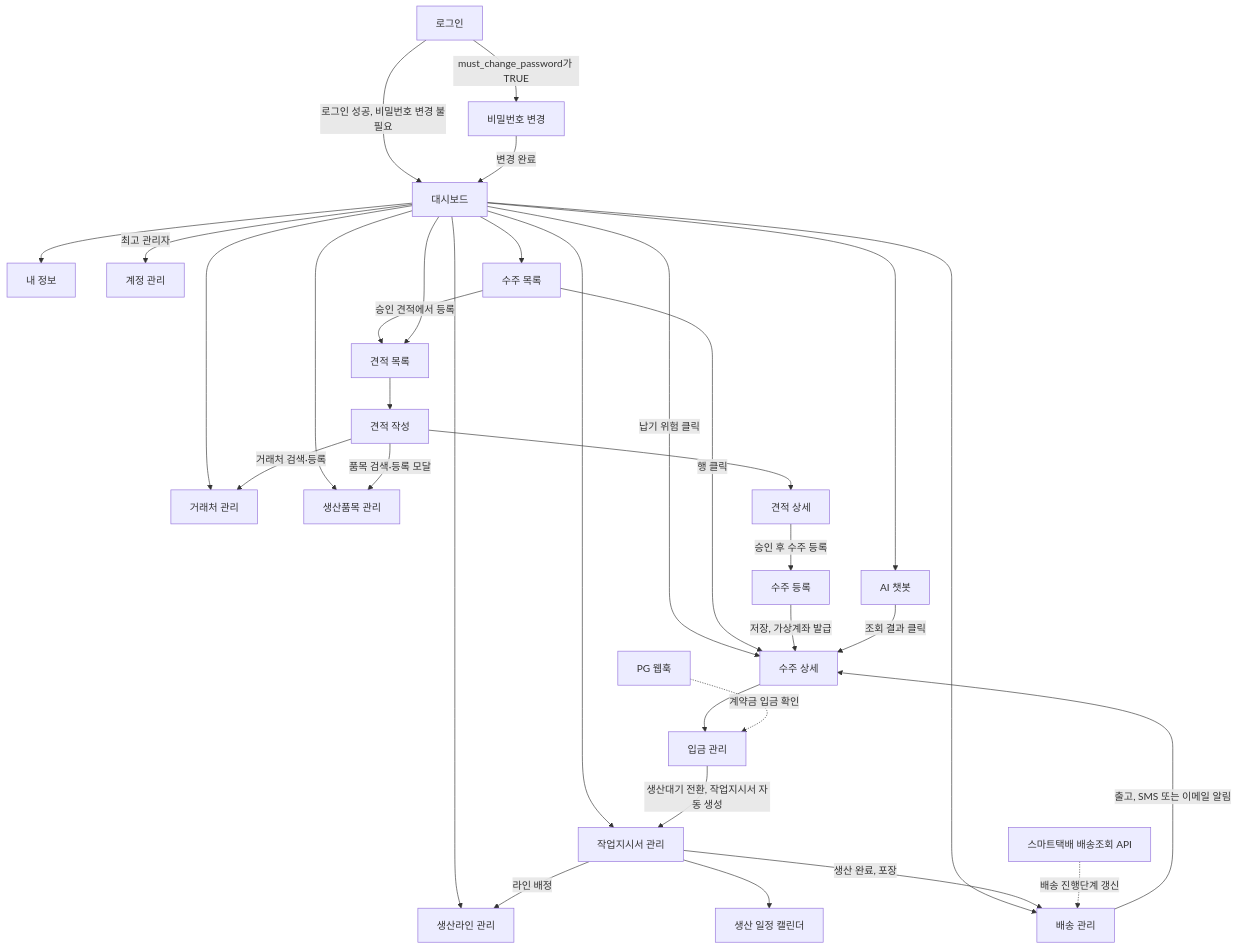
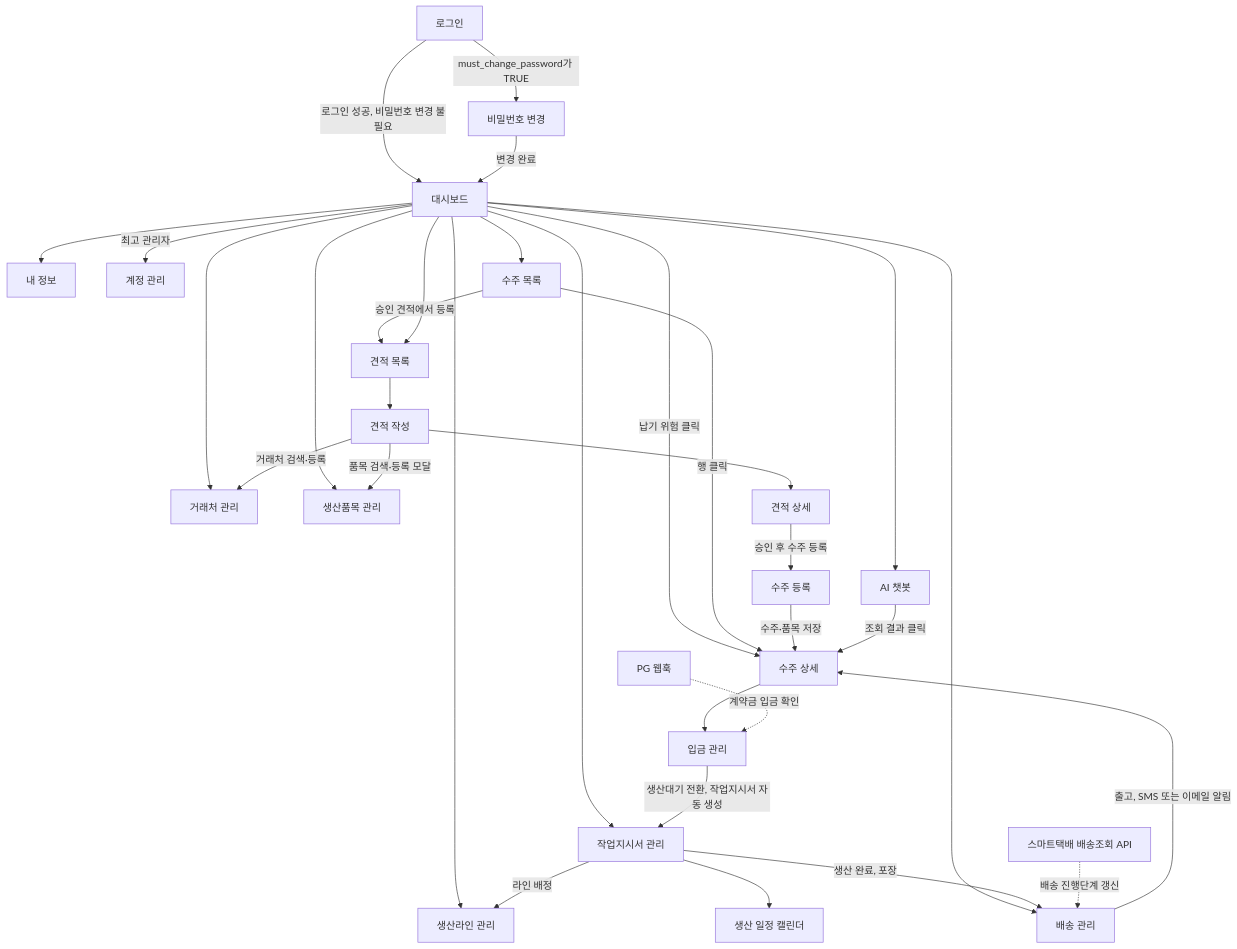
Before and after one commit to likelion-backend-25th/PRODFLOW: the diagram in docs/02_design/03_ui_wireframe.md, drawn with Mermaid. The commit also changed other lines of this file and 28 other files, not shown here.

````diff
--- a/docs/02_design/03_ui_wireframe.md
+++ b/docs/02_design/03_ui_wireframe.md
@@ -842,57 +848,57 @@
 ```mermaid
 flowchart TD
     Login["로그인"]
     Dashboard["대시보드"]
     Me["내 정보"]
     Users["계정 관리"]
     Clients["거래처 관리"]
     Products["생산품목 관리"]
     Orders["수주 목록"]
     OrderNew["수주 등록"]
     OrderDetail["수주 상세"]
     Payments["입금 관리"]
     WorkOrders["작업지시서 관리"]
     Lines["생산라인 관리"]
     Calendar["생산 일정 캘린더"]
     Shipments["배송 관리"]
     AiChat["AI 챗봇"]
     PG["PG 웹훅"]
     Tracker["스마트택배 배송조회 API"]
 
     Login -->|로그인 성공, 비밀번호 변경 불필요| Dashboard
     Login -->|must_change_password가 TRUE| ChangePassword["비밀번호 변경"]
     ChangePassword -->|변경 완료| Dashboard
     Dashboard --> Me
     Dashboard -->|최고 관리자| Users
     Dashboard --> Clients
     Dashboard --> Products
     Dashboard --> Orders
     Dashboard --> WorkOrders
     Dashboard --> Lines
     Dashboard --> Shipments
     Dashboard --> AiChat
     Dashboard -->|납기 위험 클릭| OrderDetail
 
     Orders -->|승인 견적에서 등록| Quotations
     Orders -->|행 클릭| OrderDetail
     Dashboard --> Quotations["견적 목록"]
     Quotations --> QuotationNew["견적 작성"]
     QuotationNew -->|거래처 검색·등록| Clients
     QuotationNew -->|품목 검색·등록 모달| Products
     QuotationNew --> QuotationDetail["견적 상세"]
     QuotationDetail -->|승인 후 수주 등록| OrderNew
-    OrderNew -->|저장, 가상계좌 발급| OrderDetail
+    OrderNew -->|수주·품목 저장| OrderDetail
 
     OrderDetail --> Payments
     PG -.->|계약금 입금 확인| Payments
     Payments -->|생산대기 전환, 작업지시서 자동 생성| WorkOrders
 
     WorkOrders -->|라인 배정| Lines
     WorkOrders --> Calendar
     WorkOrders -->|생산 완료, 포장| Shipments
 
     Shipments -->|출고, SMS 또는 이메일 알림| OrderDetail
     Tracker -.->|배송 진행단계 갱신| Shipments
 
     AiChat -->|조회 결과 클릭| OrderDetail
 ```
````
